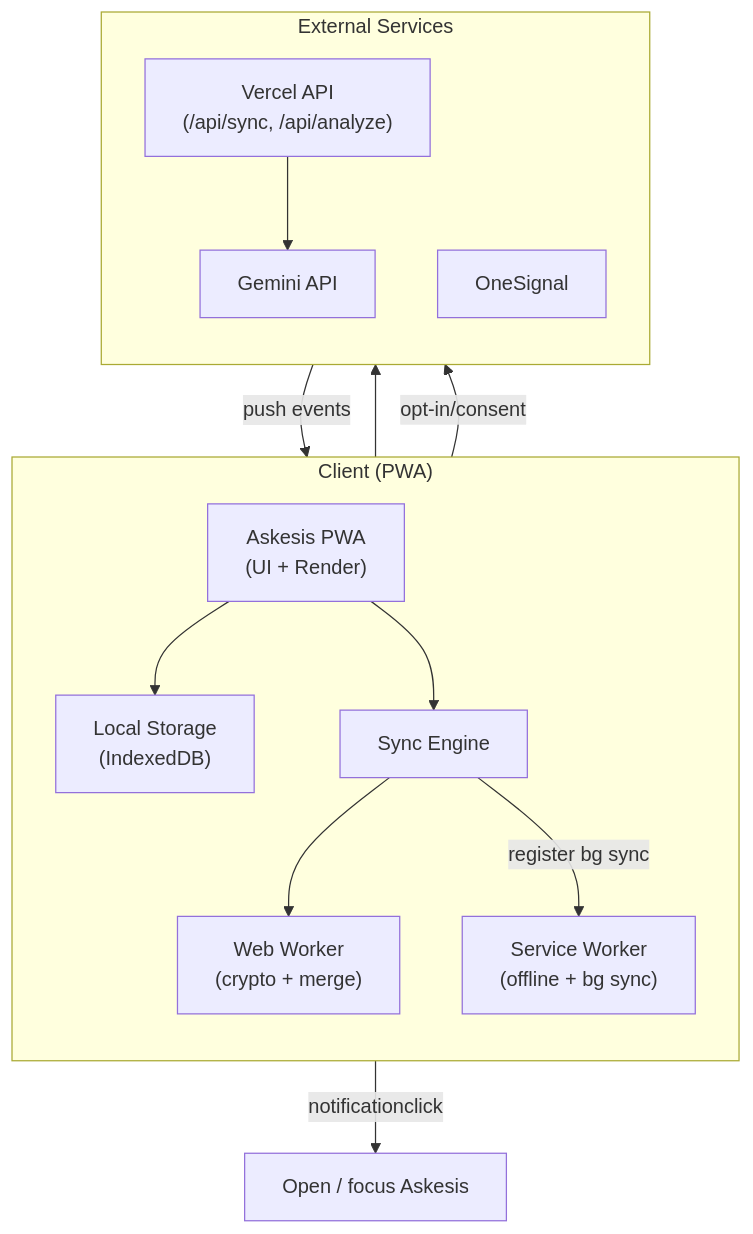
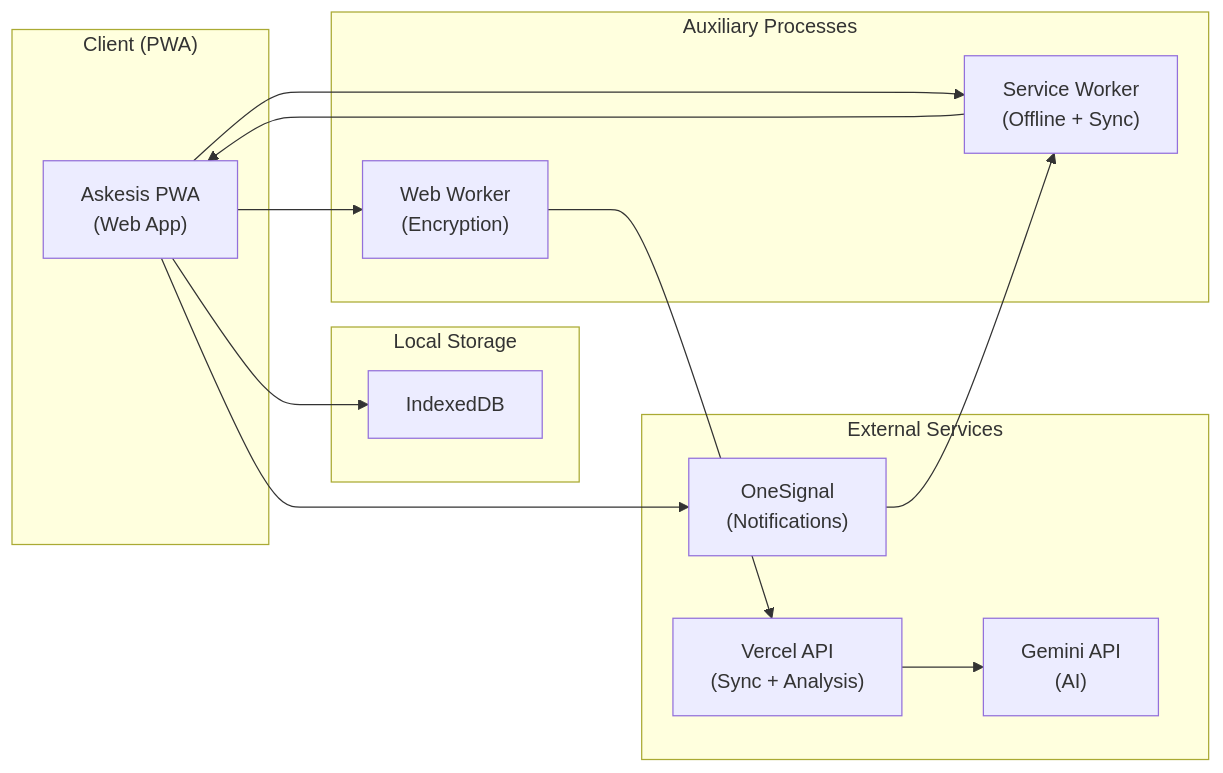
The eighth of 18 diagrams in README.md (farifran/askesis), drawn with Mermaid before and after one commit. The commit also changed other lines of this file, not shown here.

Commit message:
Remove ASCII tech radar and update data lifecycle diagrams to use Mermaid syntax

````diff
--- a/README.md
+++ b/README.md
@@ -2195,32 +2160,34 @@
 ```mermaid
-flowchart TB
-  %% Level 2 = container view (avoid repeating file names from Level 3)
-  %% Note: we avoid the "loop" SW -> PWA to reduce crossings in GitHub rendering.
+flowchart LR
+  %% Level 2 = container view (high-level containers, no Level 3 details)
+  %% Adjusted to avoid crossings: horizontal flow, single client container
+
   subgraph Client["Client (PWA)"]
-    direction TB
-    PWA["Askesis PWA\n(UI + Render)"]
-    Store["Local Storage\n(IndexedDB)"]
-    Sync["Sync Engine"]
-    Worker["Web Worker\n(crypto + merge)"]
-    SW["Service Worker\n(offline + bg sync)"]
+    PWA["Askesis PWA\n(Web App)"]
+  end
+
+  subgraph Storage["Local Storage"]
+    Store["IndexedDB"]
+  end
+
+  subgraph Workers["Auxiliary Processes"]
+    Worker["Web Worker\n(Encryption)"]
+    SW["Service Worker\n(Offline + Sync)"]
   end
 
   subgraph External["External Services"]
-    direction TB
-    API["Vercel API\n(/api/sync, /api/analyze)"]
-    AI["Gemini API"]
-    PUSH["OneSignal"]
+    API["Vercel API\n(Sync + Analysis)"]
+    AI["Gemini API\n(AI)"]
+    PUSH["OneSignal\n(Notifications)"]
   end
 
-  %% Core flows
+  %% Main flows (no crossings)
   PWA --> Store
-  PWA --> Sync
-  Sync --> Worker
-  Sync --> API --> AI
-
-  %% Background sync + push notifications
-  Sync -->|register bg sync| SW
-  PWA -->|opt-in/consent| PUSH
-  PUSH -->|push events| SW
-  SW -->|notificationclick| Open["Open / focus Askesis"]
+  PWA --> Worker
+  PWA --> SW
+  Worker --> API
+  API --> AI
+  PWA --> PUSH
+  PUSH --> SW
+  SW --> PWA
 ```
````
